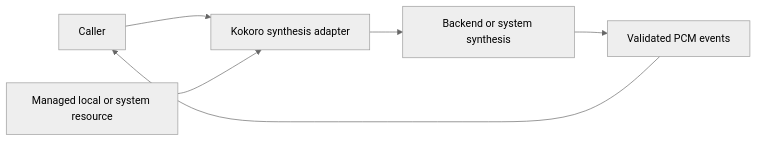
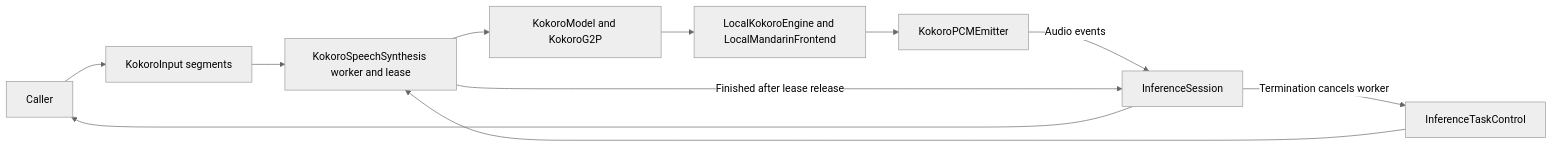
One commit to devilyouwei/MobileHarness changed the diagram in MobileHarness/ModelKit/Speech/TTS/Kokoro/README.md. Above: the diagram before and after it, drawn with Mermaid (neutral theme). The commit also changed other lines of this file and 102 other files, not shown here.

````diff
--- a/MobileHarness/ModelKit/Speech/TTS/Kokoro/README.md
+++ b/MobileHarness/ModelKit/Speech/TTS/Kokoro/README.md
@@ -15,8 +17,13 @@
 ```mermaid
 flowchart LR
- Caller --> Adapter[Kokoro synthesis adapter]
- Resource[Managed local or system resource] --> Adapter
- Adapter --> Native[Backend or system synthesis]
- Native --> PCM[Validated PCM events]
- PCM --> Caller
+ Caller --> Input[KokoroInput segments]
+ Input --> Worker[KokoroSpeechSynthesis worker and lease]
+ Worker --> Model[KokoroModel and KokoroG2P]
+ Model --> Engines[LocalKokoroEngine and LocalMandarinFrontend]
+ Engines --> PCM[KokoroPCMEmitter]
+ PCM -->|Audio events| Session[InferenceSession]
+ Worker -->|Finished after lease release| Session
+ Session --> Caller
+ Session -->|Termination cancels worker| Control[InferenceTaskControl]
+ Control --> Worker
 ```
````
